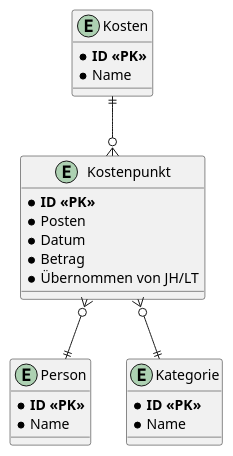
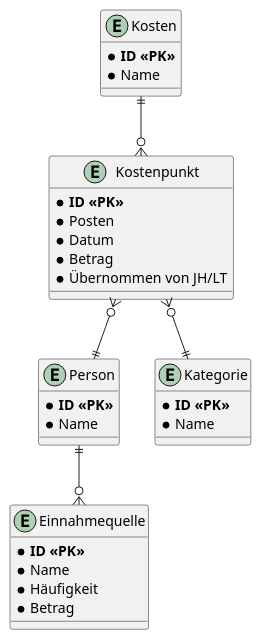
One commit to justinhada/StatementOfQosts changed the diagram in designs/ERM.puml. Above: the diagram before and after it, drawn with PlantUML. The commit also changed 13 other files, not shown here.

```diff
--- a/designs/ERM.puml
+++ b/designs/ERM.puml
@@ -1,32 +1,41 @@
 @startuml
 entity Kostenpunkt
 {
     * **ID <<PK>>**
     * Posten
     * Datum
     * Betrag
     * Übernommen von JH/LT
 }
 
 entity Person
 {
     * **ID <<PK>>**
     * Name
 }
 
 entity Kosten
 {
     * **ID <<PK>>**
     * Name
 }
 
 entity Kategorie
 {
     * **ID <<PK>>**
     * Name
 }
 
+entity Einnahmequelle
+{
+    * **ID <<PK>>**
+    * Name
+    * Häufigkeit
+    * Betrag
+}
+
 Kosten ||--o{ Kostenpunkt
 Kostenpunkt }o--|| Kategorie
 Kostenpunkt }o--|| Person
+Person ||--o{ Einnahmequelle
 @enduml
```
